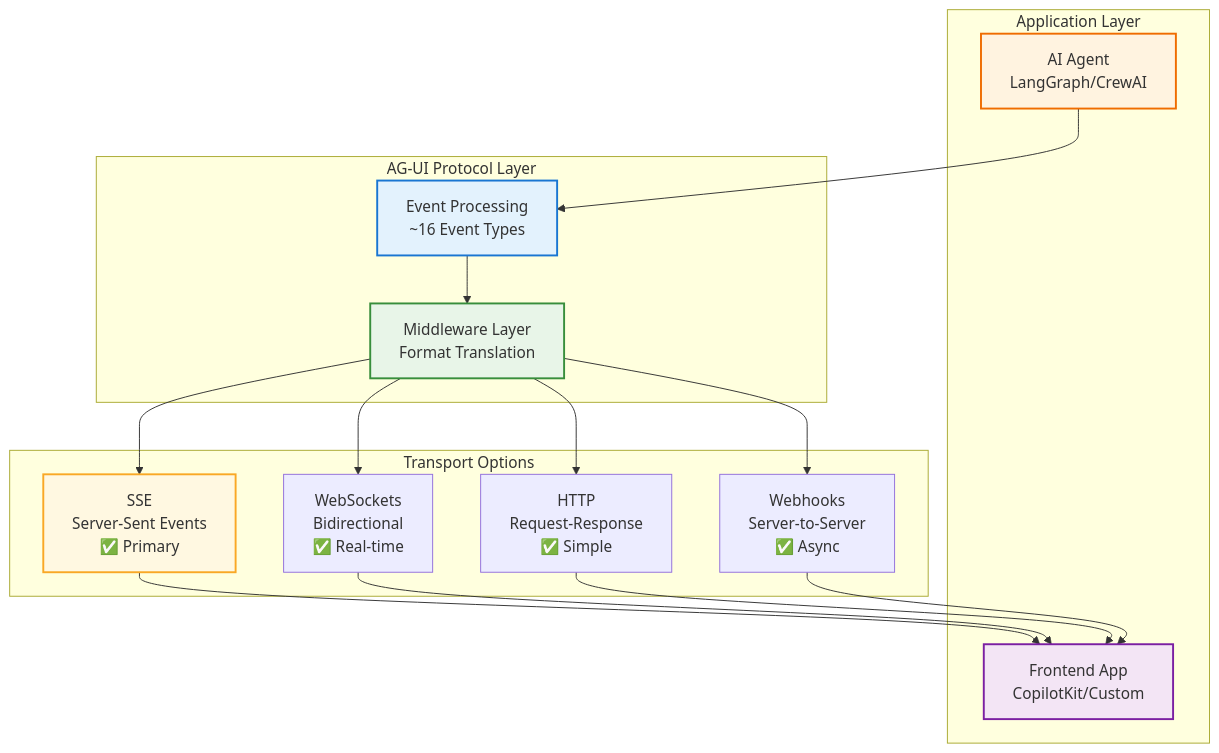
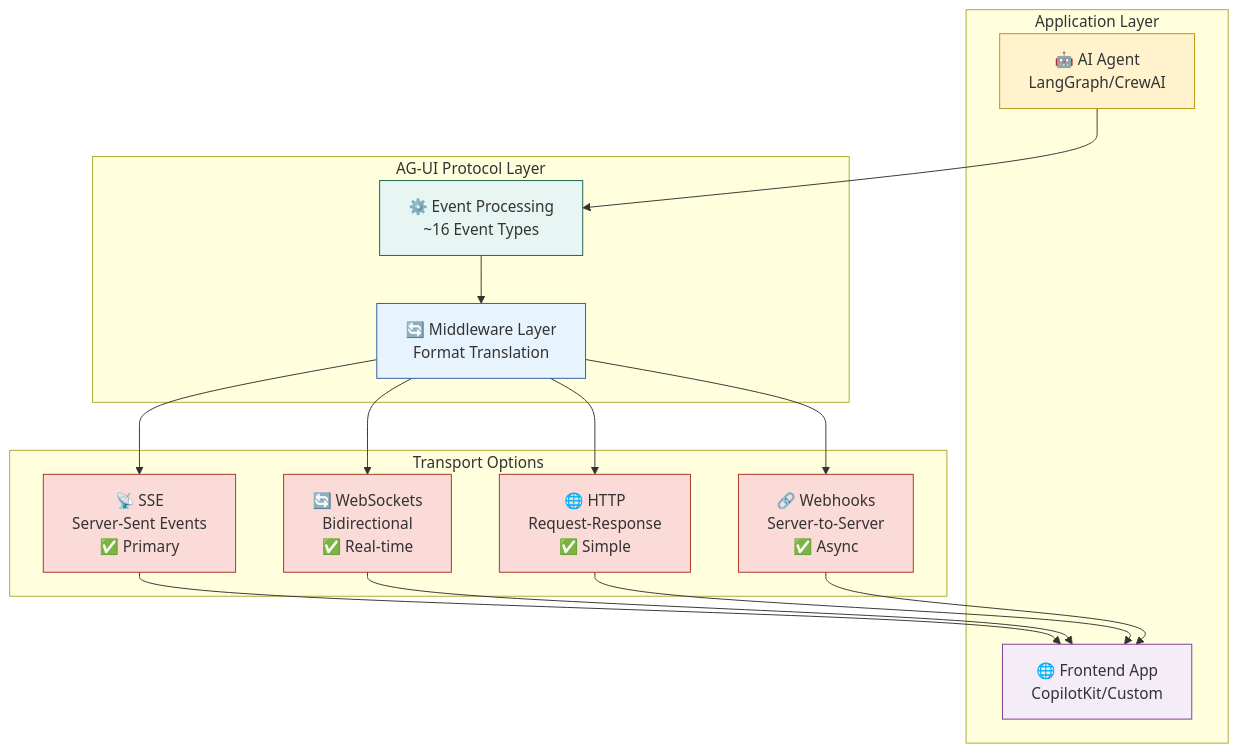
The ninth of 9 diagrams in 33_ag_ui.md (raphaelmansuy/tutorials), drawn with Mermaid before and after one commit. The commit also changed other lines of this file, not shown here.

Commit message:
Enhance AG-UI tutorial with improved Mermaid diagrams, adding icons and styles for better visualization and clarity in integration challenges and protocol comparisons.

````diff
--- a/33_ag_ui.md
+++ b/33_ag_ui.md
@@ -497,36 +547,39 @@
 ```mermaid
 flowchart TB
     subgraph "Application Layer"
-        A[AI Agent<br/>LangGraph/CrewAI]
-        B[Frontend App<br/>CopilotKit/Custom]
+        A[🤖 AI Agent<br/>LangGraph/CrewAI]
+        B[🌐 Frontend App<br/>CopilotKit/Custom]
     end
     
     subgraph "AG-UI Protocol Layer"
-        C[Event Processing<br/>~16 Event Types]
-        D[Middleware Layer<br/>Format Translation]
+        C[⚙️ Event Processing<br/>~16 Event Types]
+        D[🔄 Middleware Layer<br/>Format Translation]
     end
     
     subgraph "Transport Options"
-        E[SSE<br/>Server-Sent Events<br/>✅ Primary]
-        F[WebSockets<br/>Bidirectional<br/>✅ Real-time]
-        G[HTTP<br/>Request-Response<br/>✅ Simple]
-        H[Webhooks<br/>Server-to-Server<br/>✅ Async]
+        E[📡 SSE<br/>Server-Sent Events<br/>✅ Primary]
+        F[🔄 WebSockets<br/>Bidirectional<br/>✅ Real-time]
+        G[🌐 HTTP<br/>Request-Response<br/>✅ Simple]
+        H[🔗 Webhooks<br/>Server-to-Server<br/>✅ Async]
     end
     
     A --> C
     C --> D
     D --> E
     D --> F
     D --> G
     D --> H
     E --> B
     F --> B
     G --> B
     H --> B
     
-    style C fill:#e3f2fd,stroke:#1976d2,stroke-width:2px
-    style D fill:#e8f5e8,stroke:#388e3c,stroke-width:2px
-    style A fill:#fff3e0,stroke:#ef6c00,stroke-width:2px
-    style B fill:#f3e5f5,stroke:#7b1fa2,stroke-width:2px
-    style E fill:#fff8e1,stroke:#f9a825,stroke-width:2px
+    style C fill:#E8F6F3,stroke:#1B5E4F
+    style D fill:#E8F4FD,stroke:#2C5AA0
+    style A fill:#FFF2CC,stroke:#B7950B
+    style B fill:#F4ECF7,stroke:#7D3C98
+    style E fill:#FADBD8,stroke:#A93226
+    style F fill:#FADBD8,stroke:#A93226
+    style G fill:#FADBD8,stroke:#A93226
+    style H fill:#FADBD8,stroke:#A93226
 ```
````
